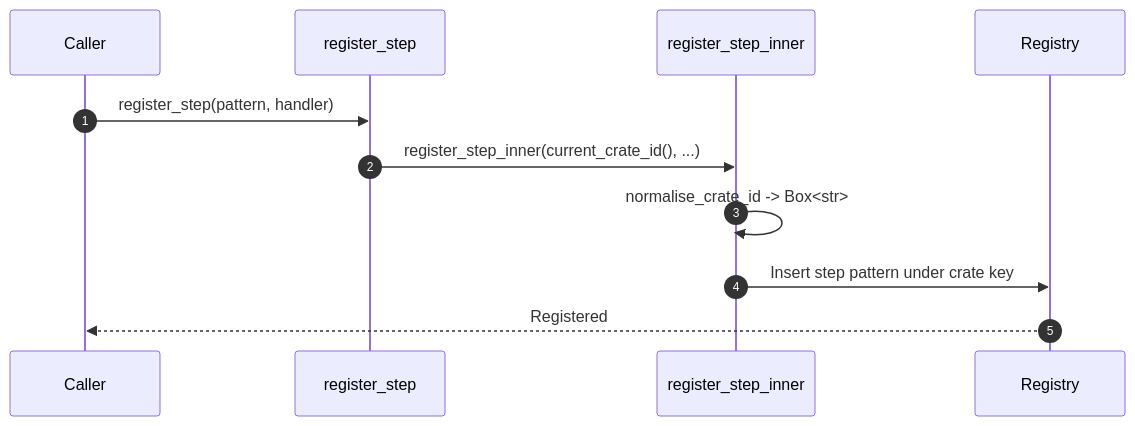
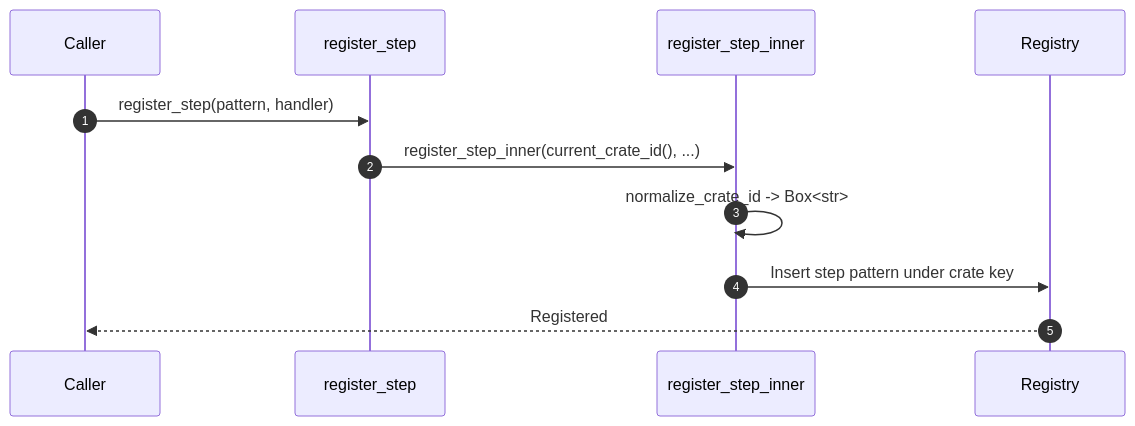
Before and after one commit to leynos/rstest-bdd: the ninth of 17 diagrams in docs/rstest-bdd-design.md, drawn with Mermaid. The commit also changed other lines of this file and 15 other files, not shown here.

````diff
--- a/docs/rstest-bdd-design.md
+++ b/docs/rstest-bdd-design.md
@@ -988,14 +989,14 @@
 ```mermaid
 sequenceDiagram
   autonumber
   participant U as Caller
   participant RSO as register_step
   participant RSI as register_step_inner
   participant REG as Registry
 
   U->>RSO: register_step(pattern, handler)
   RSO->>RSI: register_step_inner(current_crate_id(), ...)
-  RSI->>RSI: normalise_crate_id -> Box<str>
+  RSI->>RSI: normalize_crate_id -> Box<str>
   RSI->>REG: Insert step pattern under crate key
   REG-->>U: Registered
 ```
````
